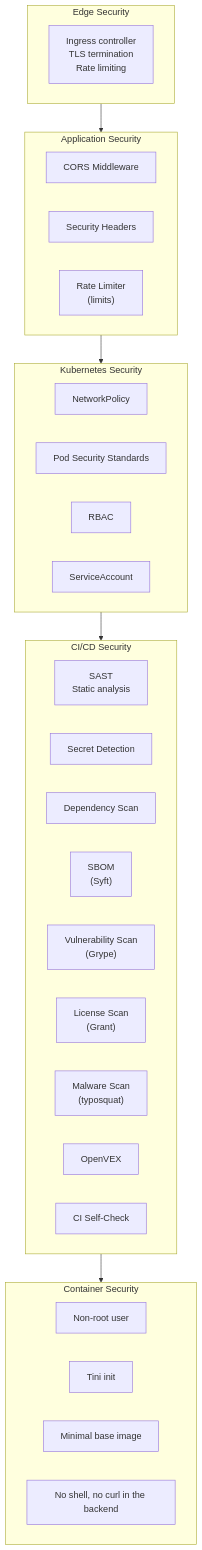
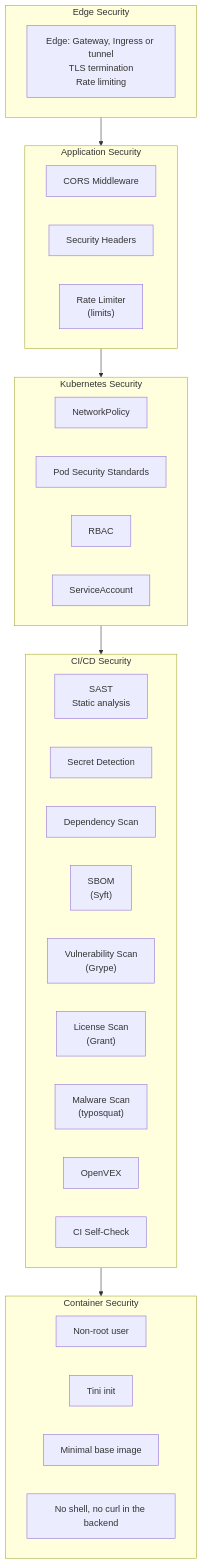
One commit to berserkhmdvhb/fullstack_template changed the diagram in wiki/security.md. Above: the diagram before and after it, drawn with Mermaid. The commit also changed other lines of this file and 13 other files, not shown here.

First line of the commit message:
docs: the edge modes, the NetworkPolicy per mode, GKE policies and TLS; drop the nginx annotations

````diff
--- a/wiki/security.md
+++ b/wiki/security.md
@@ -29,40 +29,40 @@
 ```mermaid
 flowchart TB
     subgraph Edge["Edge Security"]
-        IC["Ingress controller<br/>TLS termination<br/>Rate limiting"]
+        IC["Edge: Gateway, Ingress or tunnel<br/>TLS termination<br/>Rate limiting"]
     end
 
     subgraph App["Application Security"]
         CORS["CORS Middleware"]
         Headers["Security Headers"]
         RateLimit["Rate Limiter<br/>(limits)"]
     end
 
     subgraph K8s["Kubernetes Security"]
         NetPol["NetworkPolicy"]
         PodSec["Pod Security Standards"]
         RBAC["RBAC"]
         SA["ServiceAccount"]
     end
 
     subgraph CI["CI/CD Security"]
         SAST["SAST<br/>Static analysis"]
         Secret["Secret Detection"]
         DepScan["Dependency Scan"]
         SBOM["SBOM<br/>(Syft)"]
         Vuln["Vulnerability Scan<br/>(Grype)"]
         License["License Scan<br/>(Grant)"]
         Malware["Malware Scan<br/>(typosquat)"]
         Vex["OpenVEX"]
         SelfCheck["CI Self-Check"]
     end
 
     subgraph Container["Container Security"]
         NonRoot["Non-root user"]
         Tini["Tini init"]
         Minimal["Minimal base image"]
         NoShell["No shell, no curl in the backend"]
     end
 
     Edge --> App --> K8s --> CI --> Container
 ```
````
